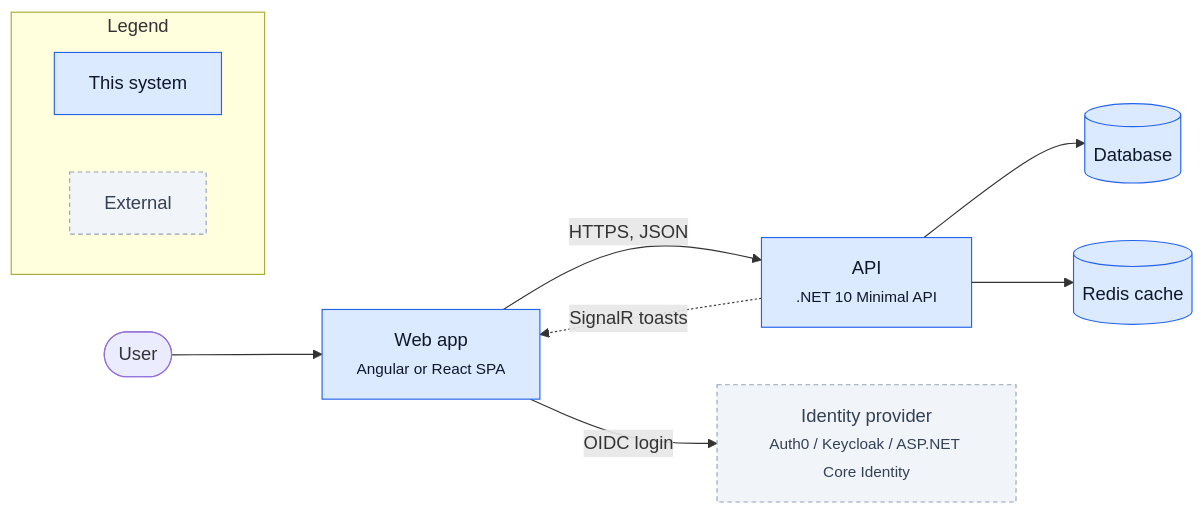
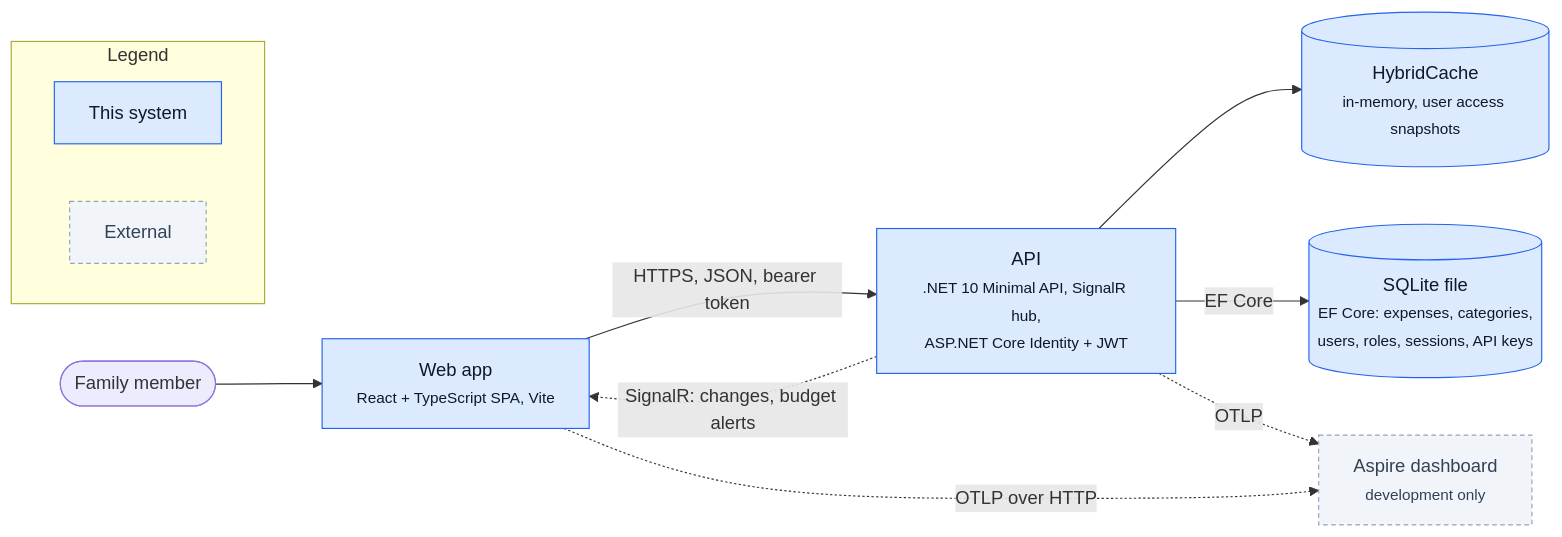
The diagram in docs/diagrams/containers.mmd (sushovan-code/Expense-Tracker), drawn with Mermaid before and after one commit. The commit also changed 104 other files, not shown here.

```diff
--- a/docs/diagrams/containers.mmd
+++ b/docs/diagrams/containers.mmd
@@ -1,25 +1,26 @@
 %% Container view. Claude rewrites this from the code via /update-diagrams.
 %% Accent (#2563EB) marks this system's own containers; grey is everything else.
 flowchart LR
   classDef ours fill:#DBEAFE,stroke:#2563EB,color:#0F172A
   classDef ext fill:#F1F5F9,stroke:#94A3B8,color:#334155,stroke-dasharray:4 3
 
-  user([User])
-  web[Web app<br/><small>Angular or React SPA</small>]:::ours
-  api[API<br/><small>.NET 10 Minimal API</small>]:::ours
-  db[(Database)]:::ours
-  cache[(Redis cache)]:::ours
-  idp[Identity provider<br/><small>Auth0 / Keycloak / ASP.NET Core Identity</small>]:::ext
+  user([Family member])
+  web[Web app<br/><small>React + TypeScript SPA, Vite</small>]:::ours
+  api[API<br/><small>.NET 10 Minimal API, SignalR hub,<br/>ASP.NET Core Identity + JWT</small>]:::ours
+  cache[(HybridCache<br/><small>in-memory, user access snapshots</small>)]:::ours
+  db[(SQLite file<br/><small>EF Core: expenses, categories,<br/>users, roles, sessions, API keys</small>)]:::ours
+  dashboard[Aspire dashboard<br/><small>development only</small>]:::ext
 
   user --> web
-  web -->|HTTPS, JSON| api
-  web -->|OIDC login| idp
-  api --> db
+  web -->|HTTPS, JSON, bearer token| api
+  api -. SignalR: changes, budget alerts .-> web
   api --> cache
-  api -. SignalR toasts .-> web
+  api -->|EF Core| db
+  api -. OTLP .-> dashboard
+  web -. OTLP over HTTP .-> dashboard
 
   subgraph Legend
     direction LR
     l1[This system]:::ours
     l2[External]:::ext
   end
```
